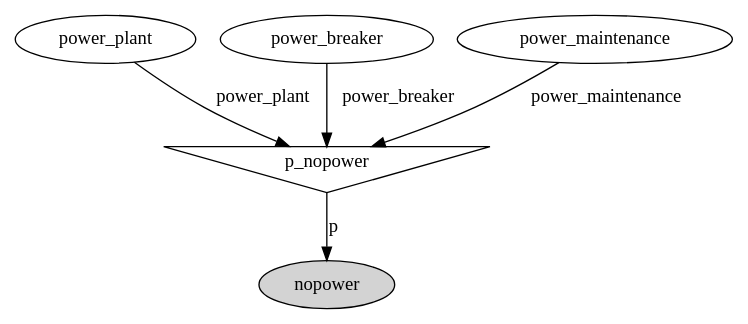
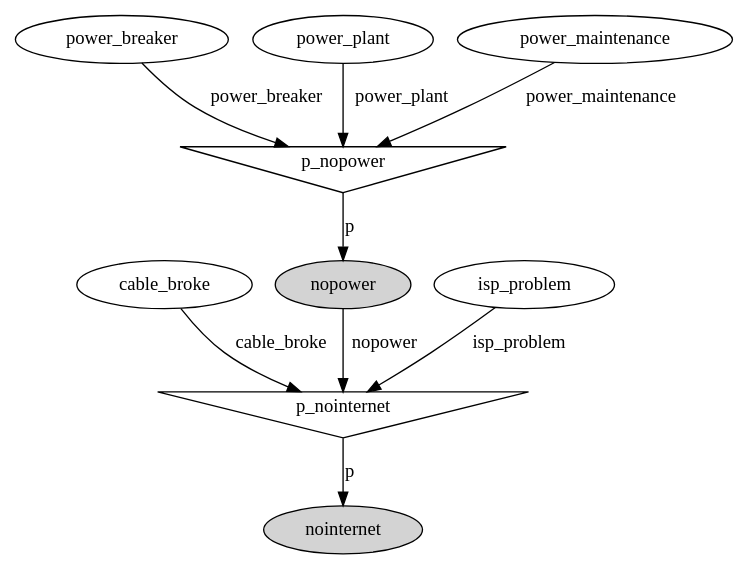
The diagram in container.dot (rolisanchez/ai-project-mcmc), drawn with Graphviz before and after one commit. The commit also changed 2 other files, not shown here.

```diff
--- a/container.dot
+++ b/container.dot
@@ -1,11 +1,19 @@
 digraph G {
-power_plant;
+cable_broke;
+nointernet [style=filled];
+p_nointernet [shape=invtriangle];
+p_nointernet -> nointernet  [label=p];
 nopower [style=filled];
+nopower -> p_nointernet  [label=nopower];
 p_nopower [shape=invtriangle];
 p_nopower -> nopower  [label=p];
 power_breaker;
 power_breaker -> p_nopower  [label=power_breaker];
+power_plant;
 power_plant -> p_nopower  [label=power_plant];
 power_maintenance;
 power_maintenance -> p_nopower  [label=power_maintenance];
+cable_broke -> p_nointernet  [label=cable_broke];
+isp_problem;
+isp_problem -> p_nointernet  [label=isp_problem];
 }
```
